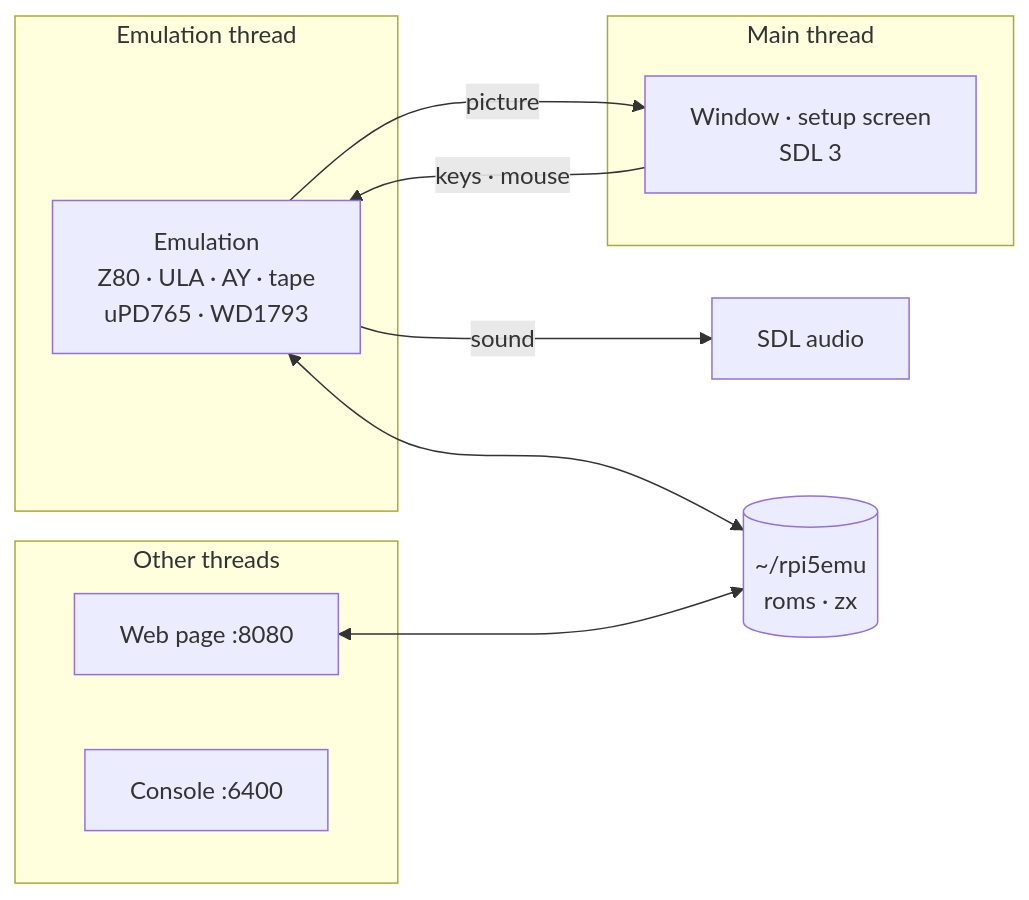
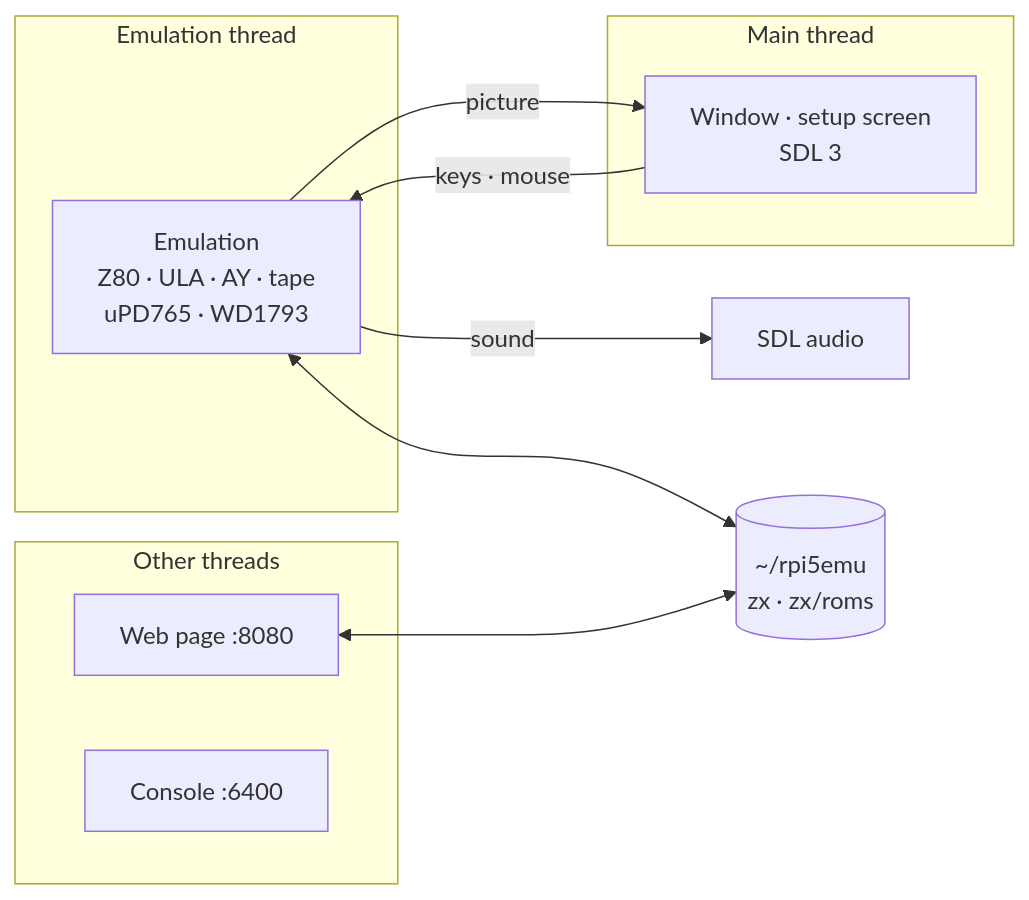
One commit to rlucencic/rpi5zx changed the diagram in README.md. Above: the diagram before and after it, drawn with Mermaid. The commit also changed other lines of this file and 4 other files, not shown here.

First line of the commit message:
ROMs in ~/rpi5emu/zx/roms

````diff
--- a/README.md
+++ b/README.md
@@ -172,19 +172,19 @@
 ```mermaid
 flowchart LR
   subgraph emu [Emulation thread]
     EMU["Emulation<br>Z80 · ULA · AY · tape<br>uPD765 · WD1793"]
   end
   subgraph main [Main thread]
     WIN["Window · setup screen<br>SDL 3"]
   end
   subgraph others [Other threads]
     WEB[Web page :8080]
     CON[Console :6400]
   end
   EMU -- picture --> WIN
   EMU -- sound --> SND[SDL audio]
   WIN -- keys · mouse --> EMU
-  DATA[("~/rpi5emu<br>roms · zx")]
+  DATA[("~/rpi5emu<br>zx · zx/roms")]
   EMU <--> DATA
   WEB <--> DATA
 ```
````
